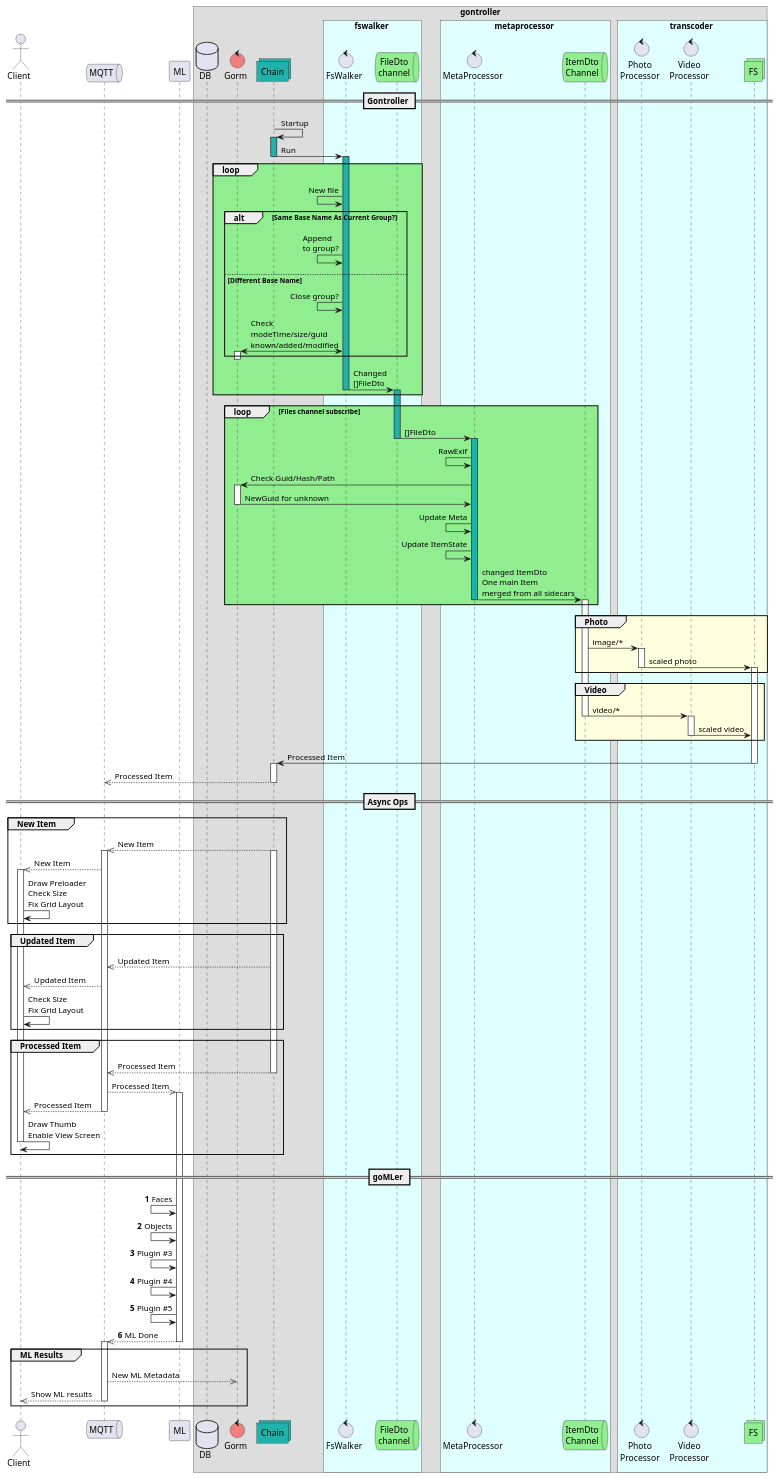
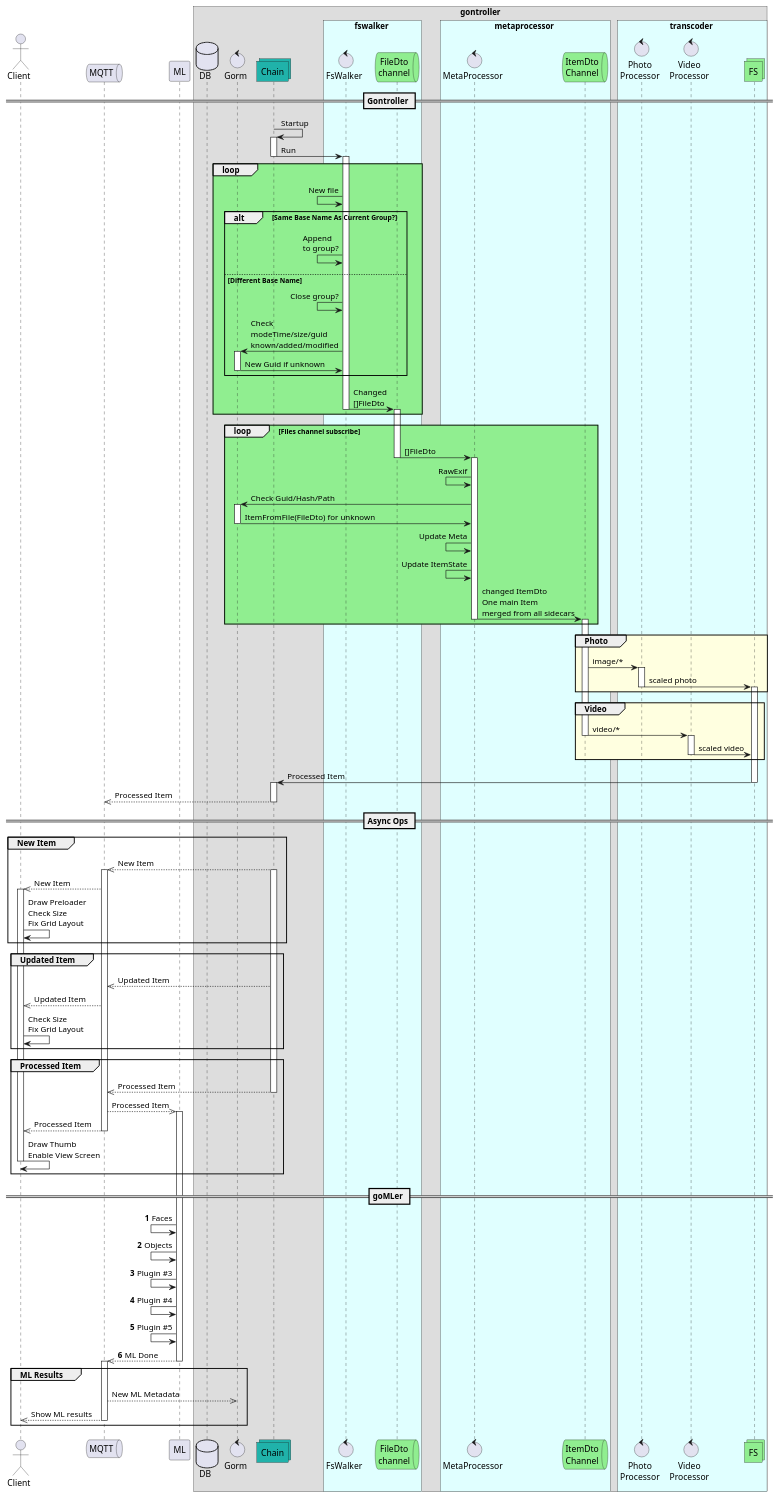
One commit to eggs-gd/Perceptrail changed the diagram in _sb/Item flow.puml. Above: the diagram before and after it, drawn with PlantUML. The commit also changed 13 other files, not shown here.

```diff
--- a/_sb/Item flow.puml
+++ b/_sb/Item flow.puml
@@ -1,143 +1,143 @@
 @startuml Item Flow
 
 !pragma teoz true
 actor "Client" as Client
 queue "MQTT" as MQTT
 participant "ML" as ML
 
 box gontroller
 database "DB" as DB
-control "Gorm" as Gorm #LightCoral
+control "Gorm" as Gorm
 
 collections "Chain" as Chain #LightSeaGreen
 
 box fswalker #LightCyan
 control "FsWalker" as Watcher
 queue "FileDto\nchannel" as FilesCh #LightGreen
 end box
 
 box metaprocessor #LightCyan
 control "MetaProcessor" as EXIF
 queue "ItemDto\nChannel" as InfoCh #LightGreen
 end box
 
 box transcoder #LightCyan
 control "Photo\nProcessor" as PhotoProcessor
 control "Video\nProcessor" as VideoProcessor
 collections "FS" as ItemsCh #LightGreen
 end box
 
 end box
 
 == Gontroller ==
 Chain -> Chain: Startup
-activate Chain #LightSeaGreen
+activate Chain
 Chain -> Watcher: Run
 deactivate Chain
 
-activate Watcher #LightSeaGreen
+activate Watcher
 loop #LightGreen
     Watcher <- Watcher: New file
     alt Same Base Name As Current Group?
     Watcher <- Watcher: Append\nto group?
     else Different Base Name
     Watcher <- Watcher: Close group?
-    Watcher <-> Gorm: Check\nmodeTime/size/guid\nknown/added/modified
+    Watcher -> Gorm: Check\nmodeTime/size/guid\nknown/added/modified
     activate Gorm
+    Gorm -> Watcher: New Guid if unknown
     deactivate Gorm
     end
     Watcher -> FilesCh: Changed\n[]FileDto
     deactivate Watcher
-    activate FilesCh #LightSeaGreen
+    activate FilesCh
     
 end
 
 loop #LightGreen Files channel subscribe 
     FilesCh -> EXIF: []FileDto
-    deactivate FilesCh #LightSeaGreen
-    activate EXIF #LightSeaGreen
+    deactivate FilesCh
+    activate EXIF
     EXIF <- EXIF: RawExif
     EXIF -> Gorm: Check Guid/Hash/Path
     activate Gorm
-    Gorm -> EXIF: NewGuid for unknown
+    Gorm -> EXIF: ItemFromFile(FileDto) for unknown
     deactivate Gorm
     EXIF <- EXIF: Update Meta
     EXIF <- EXIF: Update ItemState
     EXIF -> InfoCh: changed ItemDto\nOne main Item\nmerged from all sidecars
     deactivate EXIF
     activate InfoCh
 end
 
 group #LightYellow Photo
     InfoCh -> PhotoProcessor: image/*
     activate PhotoProcessor
     PhotoProcessor -> ItemsCh: scaled photo
     deactivate PhotoProcessor
     activate ItemsCh
 end
 group #LightYellow Video
     InfoCh -> VideoProcessor: video/*
-    deactivate InfoCh
     deactivate InfoCh
     activate VideoProcessor
     VideoProcessor -> ItemsCh: scaled video
     deactivate VideoProcessor
 end
 
 ItemsCh -> Chain: Processed Item
 deactivate ItemsCh
 activate Chain
 Chain -->> MQTT: Processed Item
 deactivate Chain
 deactivate MQTT
 
 
 == Async Ops ==
 group New Item
     Chain -->> MQTT: New Item
     activate MQTT
     activate Chain
     MQTT -->> Client: New Item
     activate Client
     Client -> Client: Draw Preloader\nCheck Size\nFix Grid Layout
 end
 
 group Updated Item
     Chain -->> MQTT: Updated Item
     MQTT -->> Client: Updated Item
     Client -> Client: Check Size\nFix Grid Layout
 end
 
 group Processed Item
     Chain -->> MQTT: Processed Item
     deactivate Chain
     MQTT -->> ML: Processed Item
     activate ML
 
     MQTT -->> Client: Processed Item
     deactivate MQTT
     Client -> Client: Draw Thumb\nEnable View Screen
     deactivate Client
 end
 
 
 == goMLer ==
 autonumber
 ML <- ML: Faces
 ML <- ML: Objects
 ML <- ML: Plugin #3
 ML <- ML: Plugin #4
 ML <- ML: Plugin #5
 ML -->> MQTT: ML Done
 deactivate ML
 activate MQTT
 autonumber stop
 
 group ML Results
 MQTT -->> Gorm: New ML Metadata
 MQTT -->> Client: Show ML results
 deactivate MQTT
 
 end
 
 @enduml
```
